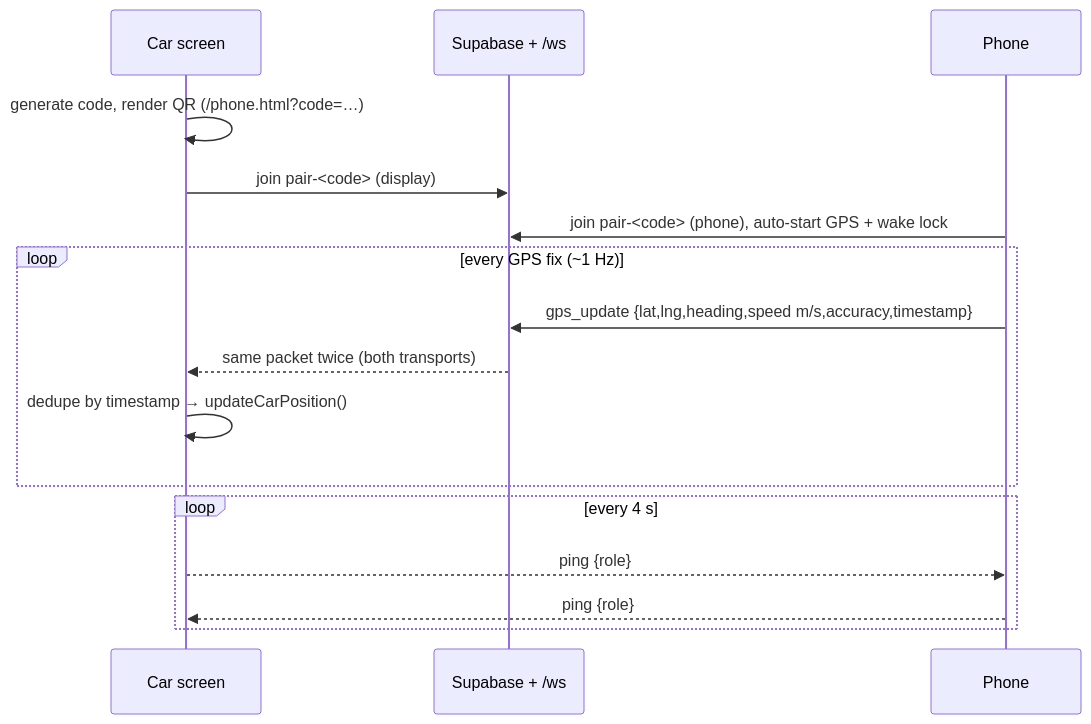
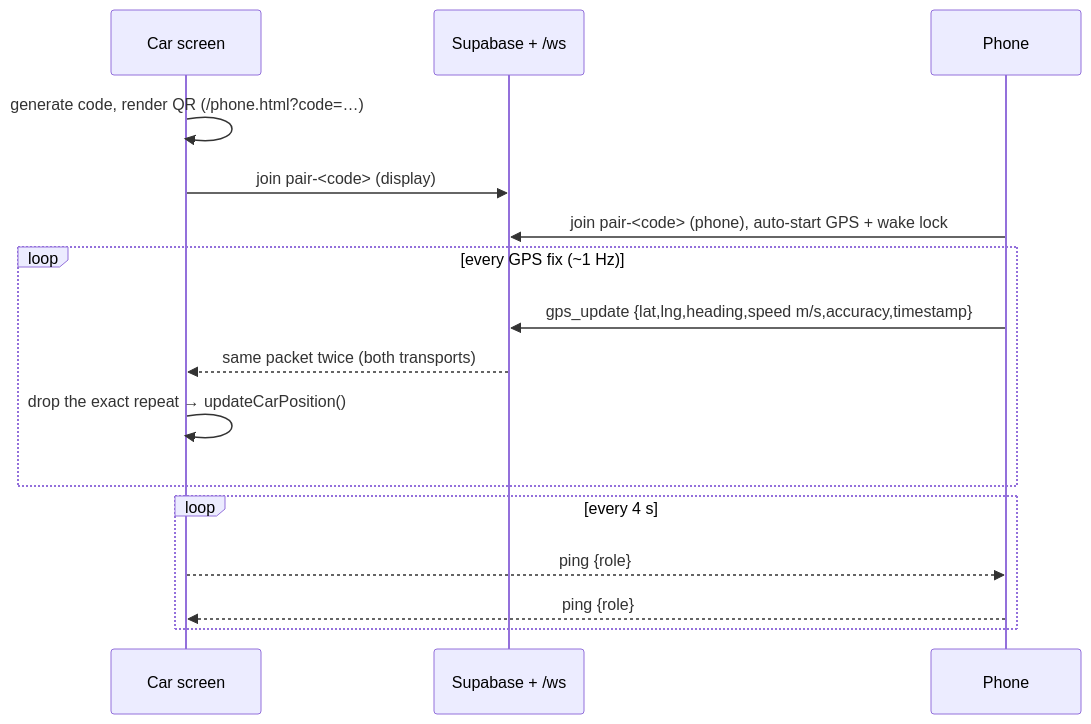
Before and after one commit to stepanssmbatyan94/tesla-navi: the second of 4 diagrams in docs/ARCHITECTURE.md, drawn with Mermaid. The commit also changed other lines of this file and 6 other files, not shown here.

````diff
--- a/docs/ARCHITECTURE.md
+++ b/docs/ARCHITECTURE.md
@@ -101,18 +104,18 @@
 ```mermaid
 sequenceDiagram
   participant Car as Car screen
   participant SB as Supabase + /ws
   participant Phone
   Car->>Car: generate code, render QR (/phone.html?code=…)
   Car->>SB: join pair-<code> (display)
   Phone->>SB: join pair-<code> (phone), auto-start GPS + wake lock
   loop every GPS fix (~1 Hz)
     Phone->>SB: gps_update {lat,lng,heading,speed m/s,accuracy,timestamp}
     SB-->>Car: same packet twice (both transports)
-    Car->>Car: dedupe by timestamp → updateCarPosition()
+    Car->>Car: drop the exact repeat → updateCarPosition()
   end
   loop every 4 s
     Car-->>Phone: ping {role}
     Phone-->>Car: ping {role}
   end
 ```
````
